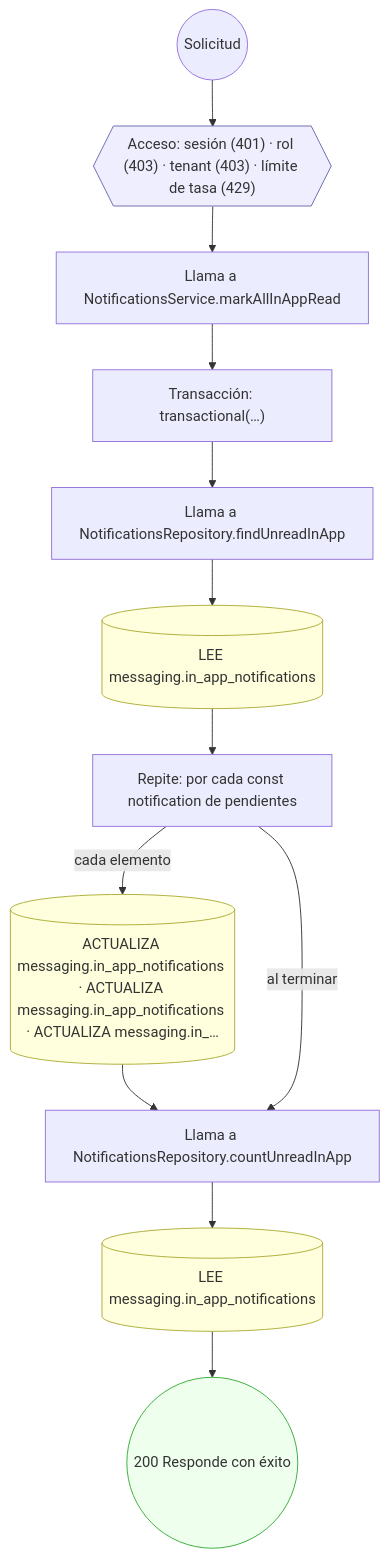
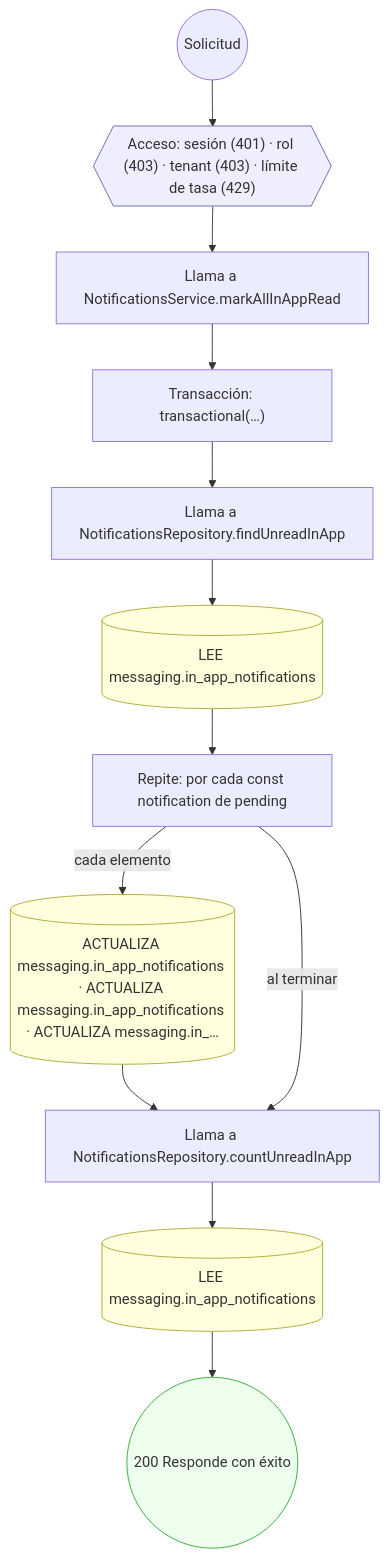
One commit to mdavila-2001/mantra-core-health-api changed diagram 11 of 17 in docs/inventario/flujos/messaging.md. Above: the diagram before and after it, drawn with Mermaid. The commit also changed other lines of this file and 451 other files, not shown here.

````diff
--- a/docs/inventario/flujos/messaging.md
+++ b/docs/inventario/flujos/messaging.md
@@ -756,31 +777,31 @@
 ```mermaid
 flowchart TD
   n1(("Solicitud")):::inicio
   n2{{"Acceso: sesión (401) · rol (403) · tenant (403) · límite de tasa (429)"}}:::acceso
   n1 --> n2
   n3["Llama a NotificationsService.markAllInAppRead"]:::llamada
   n2 --> n3
   n4["Transacción: transactional(…)"]:::transaccion
   n3 --> n4
   n5["Llama a NotificationsRepository.findUnreadInApp"]:::llamada
   n4 --> n5
   n6[("LEE messaging.in_app_notifications")]:::efecto
   n5 --> n6
-  n7["Repite: por cada const notification de pendientes"]:::bucle
+  n7["Repite: por cada const notification de pending"]:::bucle
   n6 --> n7
   n8[("ACTUALIZA messaging.in_app_notifications · ACTUALIZA messaging.in_app_notifications · ACTUALIZA messaging.in_…")]:::efecto
   n7 -->|"cada elemento"| n8
   n9["Llama a NotificationsRepository.countUnreadInApp"]:::llamada
   n8 --> n9
   n7 -->|"al terminar"| n9
   n10[("LEE messaging.in_app_notifications")]:::efecto
   n9 --> n10
   n11(("200 Responde con éxito")):::ok
   n10 --> n11
   classDef acceso fill:#eef,stroke:#66a
   classDef error fill:#fee,stroke:#c33
   classDef ok fill:#efe,stroke:#3a3
   classDef efecto fill:#ffd,stroke:#aa3
   classDef decision fill:#fff,stroke:#555
   classDef corte fill:#eee,stroke:#999,stroke-dasharray: 4
 ```
````
